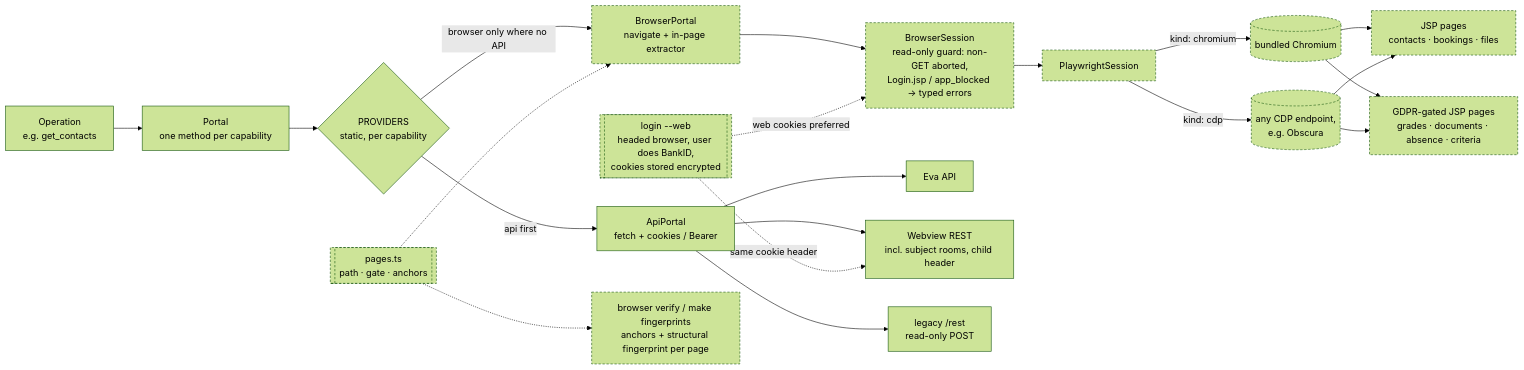
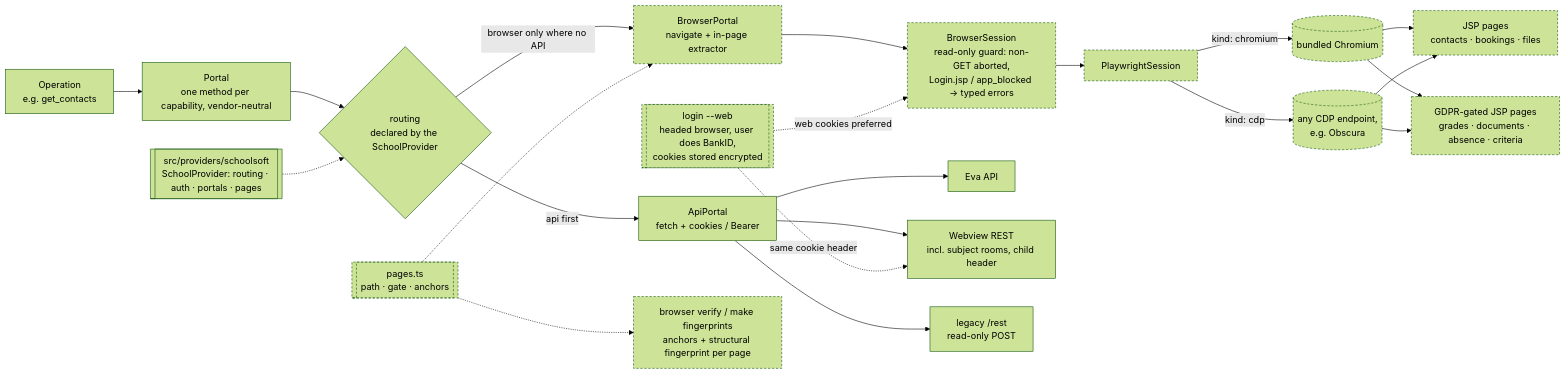
The diagram in docs/diagrams/src/portal-adapter.mmd (grimen/schoolsoft-agent), drawn with Mermaid (forest theme) before and after one commit. The commit also changed 84 other files, not shown here.

```diff
--- a/docs/diagrams/src/portal-adapter.mmd
+++ b/docs/diagrams/src/portal-adapter.mmd
@@ -1,20 +1,21 @@
 flowchart LR
-  OP[Operation<br/>e.g. get_contacts] --> PORTAL[Portal<br/>one method per capability]
-  PORTAL --> PROV{PROVIDERS<br/>static, per capability}
+  OP[Operation<br/>e.g. get_contacts] --> PORTAL[Portal<br/>one method per capability, vendor-neutral]
+  PORTAL --> PROV{routing<br/>declared by the SchoolProvider}
+  VENDOR[[src/providers/schoolsoft<br/>SchoolProvider: routing · auth · portals · pages]] -.-> PROV
   PROV -->|api first| API[ApiPortal<br/>fetch + cookies / Bearer]
   PROV -->|browser only where no API| BP[BrowserPortal<br/>navigate + in-page extractor]
   BP --> SESS[BrowserSession<br/>read-only guard: non-GET aborted,<br/>Login.jsp / app_blocked → typed errors]
   SESS --> PW[PlaywrightSession]
   PW -->|kind: chromium| CH[(bundled Chromium)]
   PW -->|kind: cdp| CDP[(any CDP endpoint,<br/>e.g. Obscura)]
   API --> EVA[Eva API]
   API --> REST[Webview REST<br/>incl. subject rooms, child header]
   API --> LEG[legacy /rest<br/>read-only POST]
   CH & CDP --> JSP[JSP pages<br/>contacts · bookings · files]
   CH & CDP --> GATED[GDPR-gated JSP pages<br/>grades · documents · absence · criteria]
   WEB[[login --web<br/>headed browser, user does BankID,<br/>cookies stored encrypted]] -.->|web cookies preferred| SESS
   WEB -.->|same cookie header| REST
   PAGESPEC[[pages.ts<br/>path · gate · anchors]] -.-> BP
   PAGESPEC -.-> VERIFY[browser verify / make fingerprints<br/>anchors + structural fingerprint per page]
   classDef opt stroke-dasharray: 4 3
   class PW,CH,CDP,JSP,GATED,BP,SESS,WEB,PAGESPEC,VERIFY opt
```
